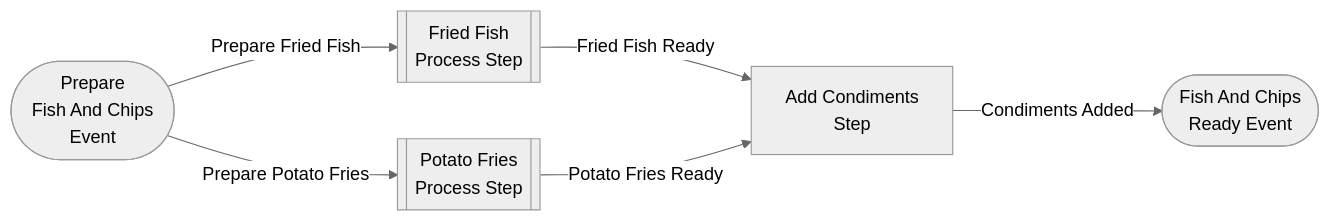
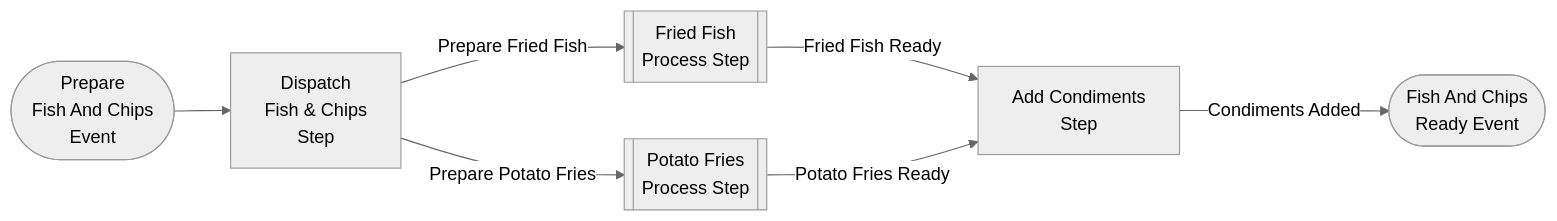
Before and after one commit to microsoft/semantic-kernel: the sixth of 7 diagrams in dotnet/samples/GettingStartedWithProcesses/README.md, drawn with Mermaid (neutral theme). The commit also changed 2 other files, not shown here.

Commit message:
fixing fish and chips sample

````diff
--- a/dotnet/samples/GettingStartedWithProcesses/README.md
+++ b/dotnet/samples/GettingStartedWithProcesses/README.md
@@ -124,13 +124,15 @@
 ``` mermaid
 flowchart LR
     PrepareFishAndChipsEvent([Prepare <br/> Fish And Chips <br/> Event])
     FishAndChipsReadyEvent([Fish And Chips <br/> Ready Event])
 
+    Dispatch[Dispatch <br/> Fish & Chips <br/> Step]
     FriedFishStep[[Fried Fish <br/> Process Step]]
     PotatoFriesStep[[Potato Fries  <br/> Process Step]]
     AddCondiments[Add Condiments <br/> Step ]
 
-    PrepareFishAndChipsEvent -->|Prepare Fried Fish| FriedFishStep --> |Fried Fish Ready| AddCondiments
-    PrepareFishAndChipsEvent -->|Prepare Potato Fries| PotatoFriesStep -->|Potato Fries Ready| AddCondiments
+    PrepareFishAndChipsEvent-->Dispatch
+    Dispatch -->|Prepare Fried Fish| FriedFishStep --> |Fried Fish Ready| AddCondiments
+    Dispatch -->|Prepare Potato Fries| PotatoFriesStep -->|Potato Fries Ready| AddCondiments
     AddCondiments -->|Condiments Added| FishAndChipsReadyEvent
 ```
````
